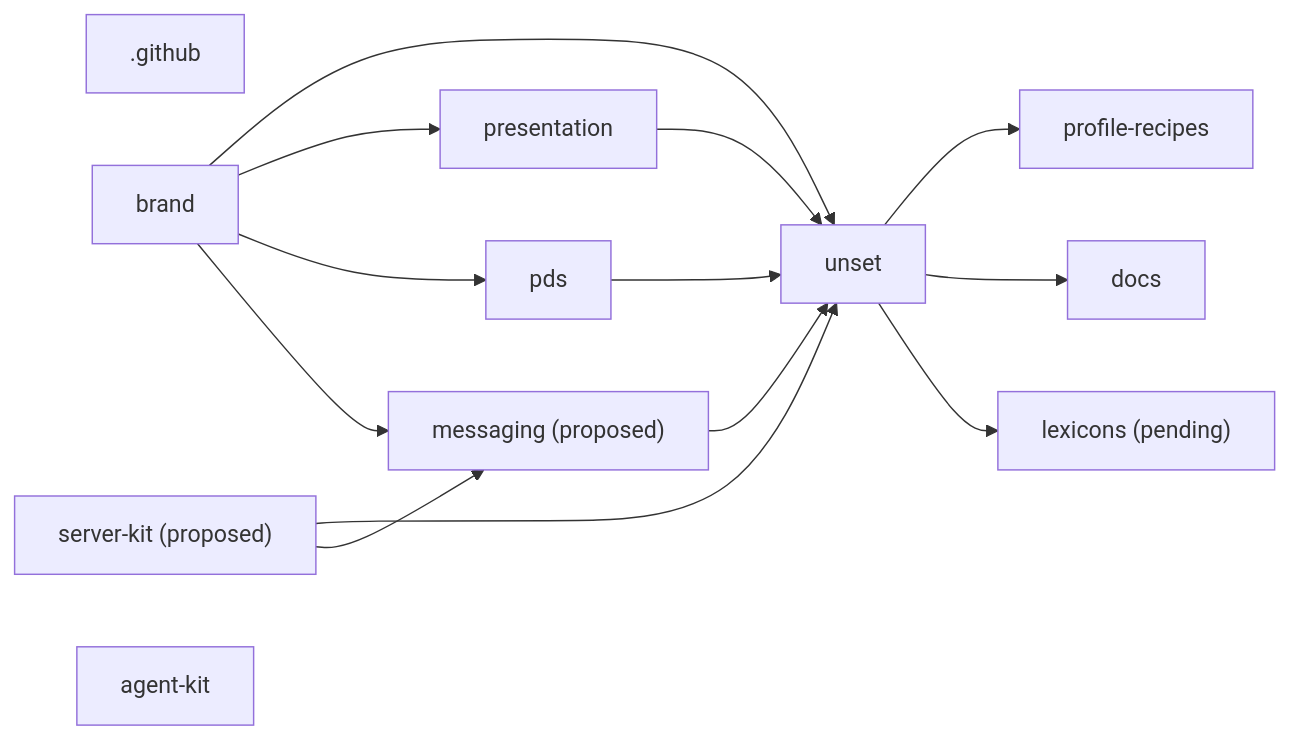
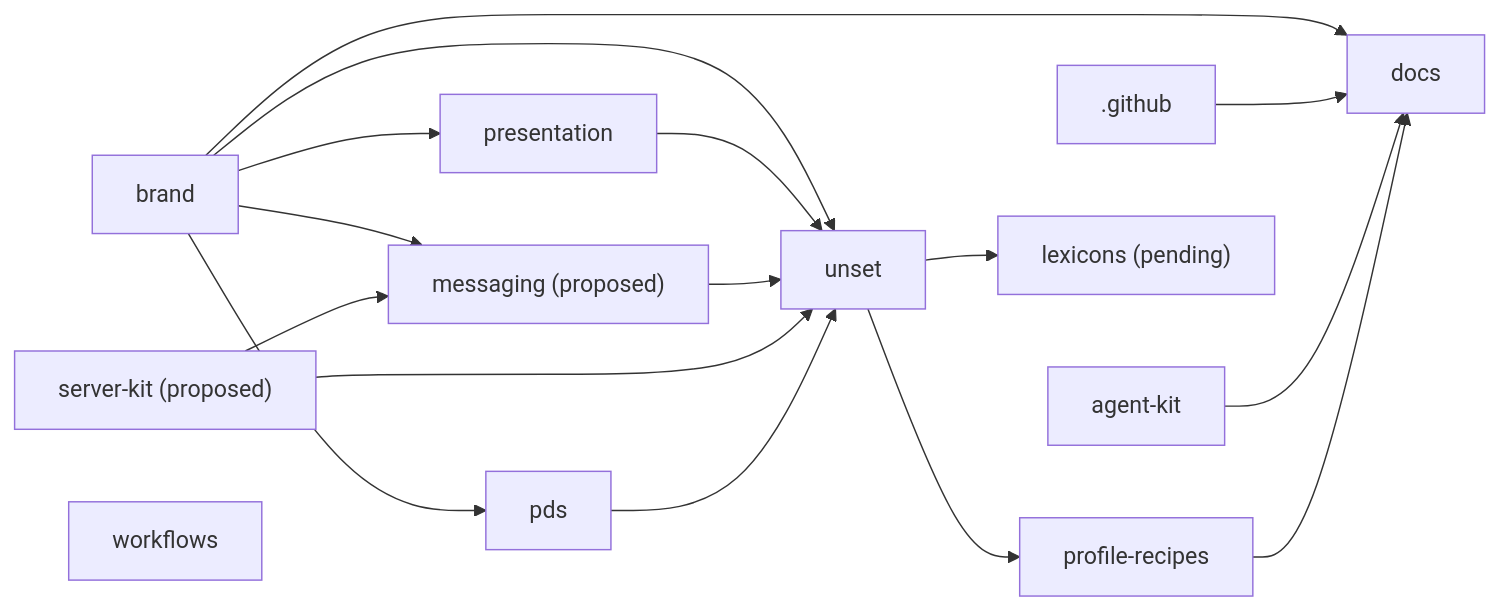
The diagram in MAP.md (unset-sh/.github), drawn with Mermaid before and after one commit. The commit also changed other lines of this file and 3 other files, not shown here.

````diff
--- a/MAP.md
+++ b/MAP.md
@@ -31,26 +32,30 @@
 ```mermaid
 flowchart LR
   r_unset["unset"]
   r__github[".github"]
   r_brand["brand"]
   r_presentation["presentation"]
   r_profile_recipes["profile-recipes"]
   r_docs["docs"]
   r_pds["pds"]
   r_lexicons["lexicons (pending)"]
   r_messaging["messaging (proposed)"]
   r_server_kit["server-kit (proposed)"]
   r_agent_kit["agent-kit"]
+  r_workflows["workflows"]
   r_brand --> r_unset
   r_presentation --> r_unset
   r_messaging --> r_unset
   r_server_kit --> r_unset
   r_pds --> r_unset
   r_brand --> r_presentation
   r_unset --> r_profile_recipes
-  r_unset --> r_docs
+  r_brand --> r_docs
+  r__github --> r_docs
+  r_agent_kit --> r_docs
+  r_profile_recipes --> r_docs
   r_brand --> r_pds
   r_unset --> r_lexicons
   r_brand --> r_messaging
   r_server_kit --> r_messaging
 ```
````
